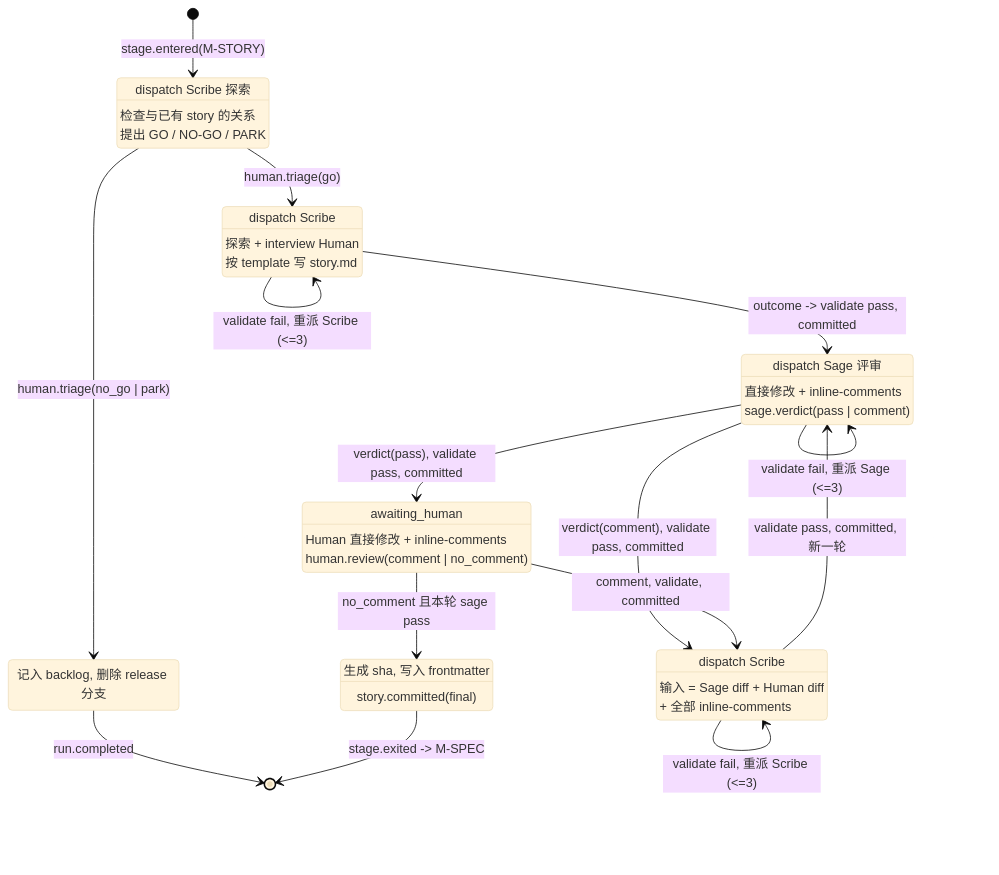
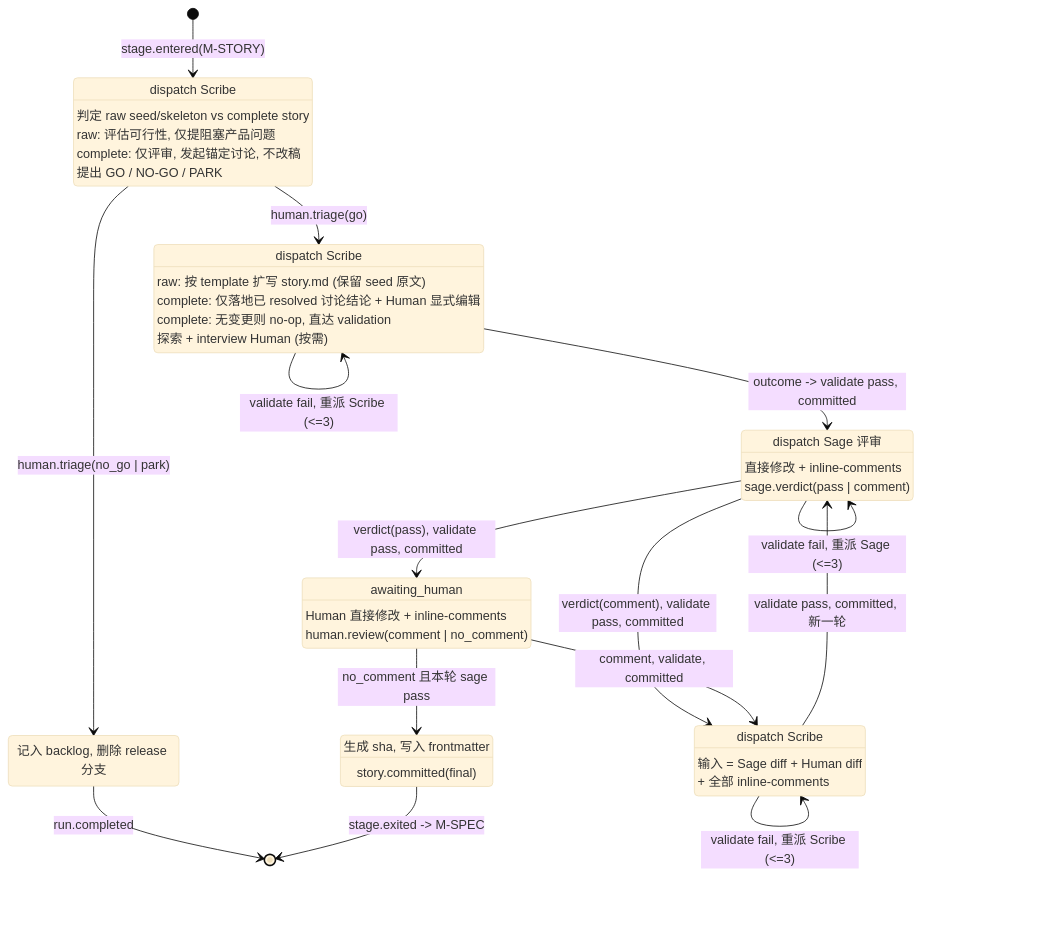
The second of 13 diagrams in .tracks/wiki/flow.md (quantclaws/agent-on-tracks), drawn with Mermaid (base theme) before and after one commit. The commit also changed other lines of this file and 1 other file, not shown here.

Commit message:
docs(flow): support raw seed and complete story starts

````diff
--- a/.tracks/wiki/flow.md
+++ b/.tracks/wiki/flow.md
@@ -99,49 +108,53 @@
 ```mermaid
 stateDiagram-v2
     direction TB
 
     [*] --> TRIAGE : stage.entered(M-STORY)
 
-    TRIAGE : dispatch Scribe 探索
-    TRIAGE : 检查与已有 story 的关系
+    TRIAGE : dispatch Scribe
+    TRIAGE : 判定 raw seed/skeleton vs complete story
+    TRIAGE : raw: 评估可行性, 仅提阻塞产品问题
+    TRIAGE : complete: 仅评审, 发起锚定讨论, 不改稿
     TRIAGE : 提出 GO / NO-GO / PARK
 
     TRIAGE --> REJECTED : human.triage(no_go | park)
     REJECTED : 记入 backlog, 删除 release 分支
     REJECTED --> [*] : run.completed
 
     TRIAGE --> DRAFT : human.triage(go)
 
     DRAFT : dispatch Scribe
-    DRAFT : 探索 + interview Human
-    DRAFT : 按 template 写 story.md
+    DRAFT : raw: 按 template 扩写 story.md (保留 seed 原文)
+    DRAFT : complete: 仅落地已 resolved 讨论结论 + Human 显式编辑
+    DRAFT : complete: 无变更则 no-op, 直达 validation
+    DRAFT : 探索 + interview Human (按需)
 
     DRAFT --> SAGE_REVIEW : outcome -> validate pass, committed
     DRAFT --> DRAFT : validate fail, 重派 Scribe (<=3)
 
     SAGE_REVIEW : dispatch Sage 评审
     SAGE_REVIEW : 直接修改 + inline-comments
     SAGE_REVIEW : sage.verdict(pass | comment)
 
     SAGE_REVIEW --> HUMAN_REVIEW : verdict(pass), validate pass, committed
     SAGE_REVIEW --> RESPOND : verdict(comment), validate pass, committed
     SAGE_REVIEW --> SAGE_REVIEW : validate fail, 重派 Sage (<=3)
 
     HUMAN_REVIEW : awaiting_human
     HUMAN_REVIEW : Human 直接修改 + inline-comments
     HUMAN_REVIEW : human.review(comment | no_comment)
 
     HUMAN_REVIEW --> EXIT : no_comment 且本轮 sage pass
     HUMAN_REVIEW --> RESPOND : comment, validate, committed
 
     RESPOND : dispatch Scribe
     RESPOND : 输入 = Sage diff + Human diff
     RESPOND : + 全部 inline-comments
 
     RESPOND --> SAGE_REVIEW : validate pass, committed, 新一轮
     RESPOND --> RESPOND : validate fail, 重派 Scribe (<=3)
 
     EXIT : 生成 sha, 写入 frontmatter
     EXIT : story.committed(final)
     EXIT --> [*] : stage.exited -> M-SPEC
 ```
````
